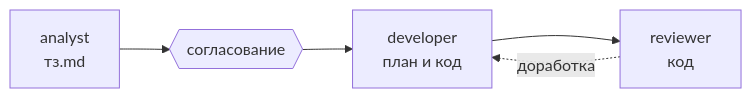
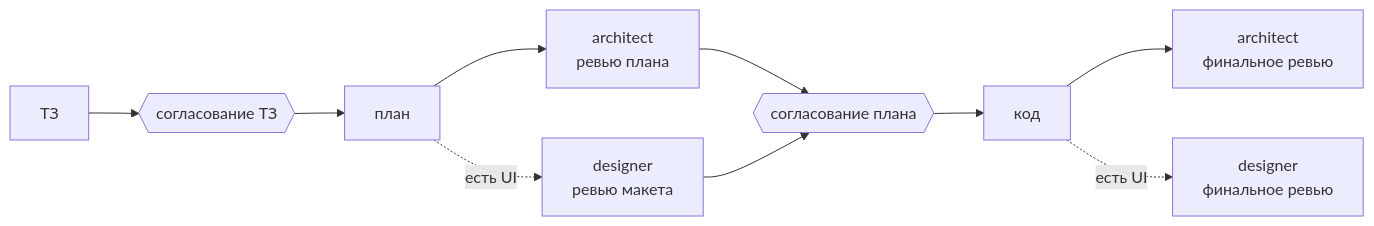
One commit to ivan-manul/1c-team changed the diagram in README.md. Above: the diagram before and after it, drawn with Mermaid. The commit also changed other lines of this file and 14 other files, not shown here.

First line of the commit message:
0.4.0: план согласует человек, проверяют architect и designer

````diff
--- a/README.md
+++ b/README.md
@@ -18,7 +19,12 @@
 ```mermaid
 flowchart LR
-  A[analyst<br/>тз.md] --> U{{согласование}}
-  U --> D[developer<br/>план и код]
-  D --> R[reviewer<br/>код]
-  R -. доработка .-> D
+  T[ТЗ] --> U1{{согласование ТЗ}}
+  U1 --> P[план]
+  P --> A1[architect<br/>ревью плана]
+  P -. есть UI .-> D1[designer<br/>ревью макета]
+  A1 --> U2{{согласование плана}}
+  D1 --> U2
+  U2 --> C[код]
+  C --> A2[architect<br/>финальное ревью]
+  C -. есть UI .-> D2[designer<br/>финальное ревью]
 ```
````
